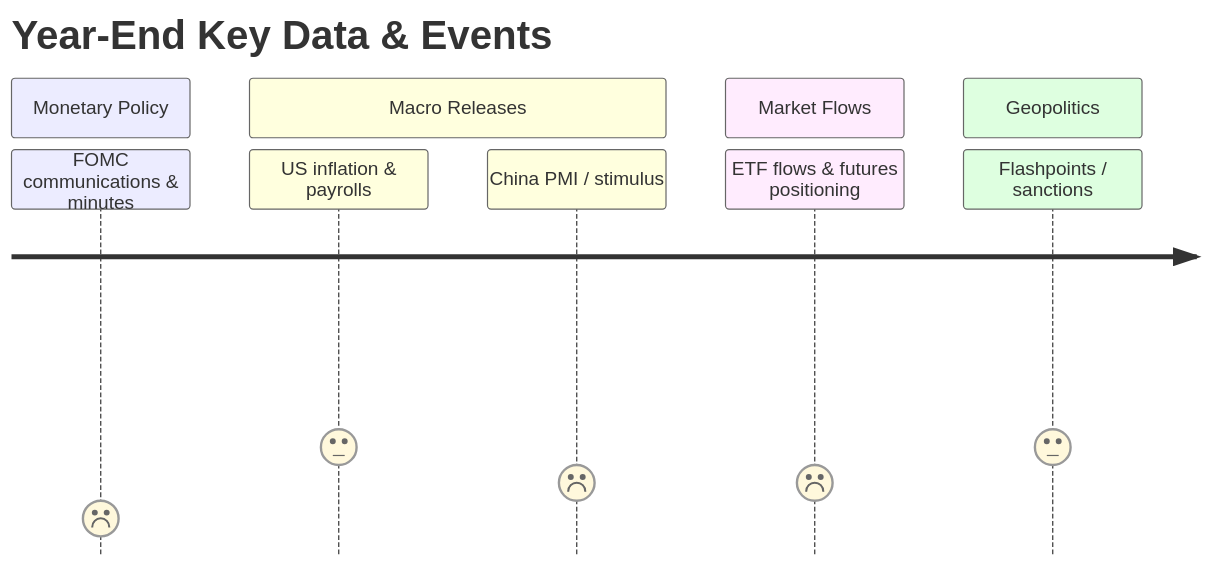
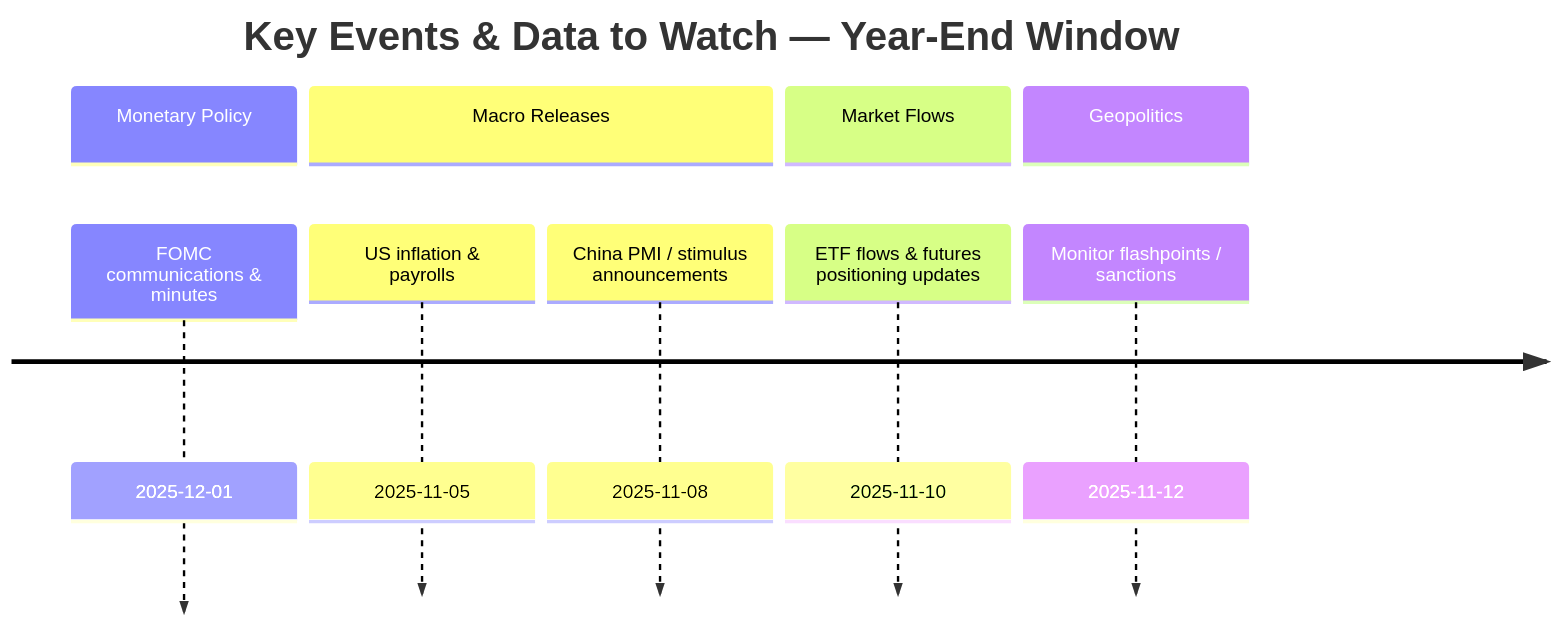
The second of 3 diagrams in _posts/2025-11-29-Gold (XAUUSD) — Year-End Outlook.md (e-fx/e-fx.github.io), drawn with Mermaid before and after one commit. The commit also changed other lines of this file, not shown here.

```diff
--- a/_posts/2025-11-29-Gold (XAUUSD) — Year-End Outlook.md
+++ b/_posts/2025-11-29-Gold (XAUUSD) — Year-End Outlook.md
@@ -56,13 +56,17 @@
 <div class="mermaid">
-journey
-    title Year-End Key Data & Events
+timeline
+    title Key Events & Data to Watch — Year-End Window
+
     section Monetary Policy
-      FOMC communications & minutes: 1
+      FOMC communications & minutes : 2025-12-01
+
     section Macro Releases
-      US inflation & payrolls: 3
-      China PMI / stimulus: 2
+      US inflation & payrolls : 2025-11-05
+      China PMI / stimulus announcements : 2025-11-08
+
     section Market Flows
-      ETF flows & futures positioning: 2
+      ETF flows & futures positioning updates : 2025-11-10
+
     section Geopolitics
-      Flashpoints / sanctions: 3
+      Monitor flashpoints / sanctions : 2025-11-12
 </div>
```
